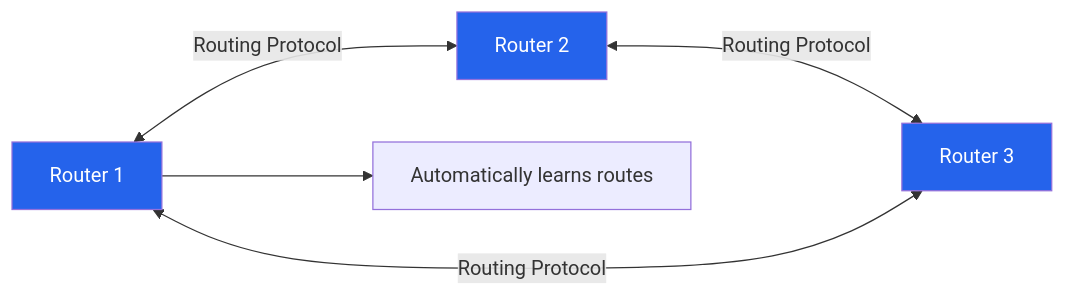
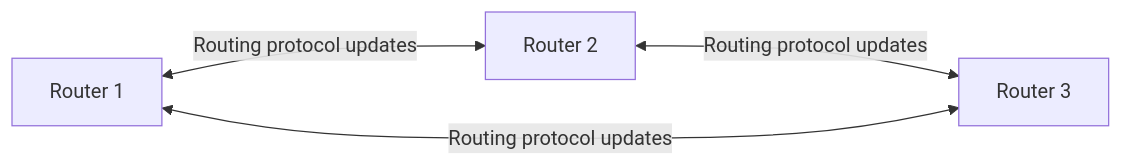
The eighth of 9 diagrams in 01.md (aswath0001/Internet-Networking), drawn with Mermaid before and after one commit. The commit also changed other lines of this file, not shown here.

````diff
--- a/01.md
+++ b/01.md
@@ -260,11 +390,6 @@
-```mermaid
+``` mermaid
 flowchart LR
-    R1["Router 1"] <-->|"Routing Protocol"| R2["Router 2"]
-    R2 <-->|"Routing Protocol"| R3["Router 3"]
-    R1 <-->|"Routing Protocol"| R3
-
-    R1 --> A["Automatically learns routes"]
-    style R1 fill:#2563eb,color:#fff
-    style R2 fill:#2563eb,color:#fff
-    style R3 fill:#2563eb,color:#fff
+    R1["Router 1"] <-->|"Routing protocol updates"| R2["Router 2"]
+    R2 <-->|"Routing protocol updates"| R3["Router 3"]
+    R1 <-->|"Routing protocol updates"| R3
 ```
````
